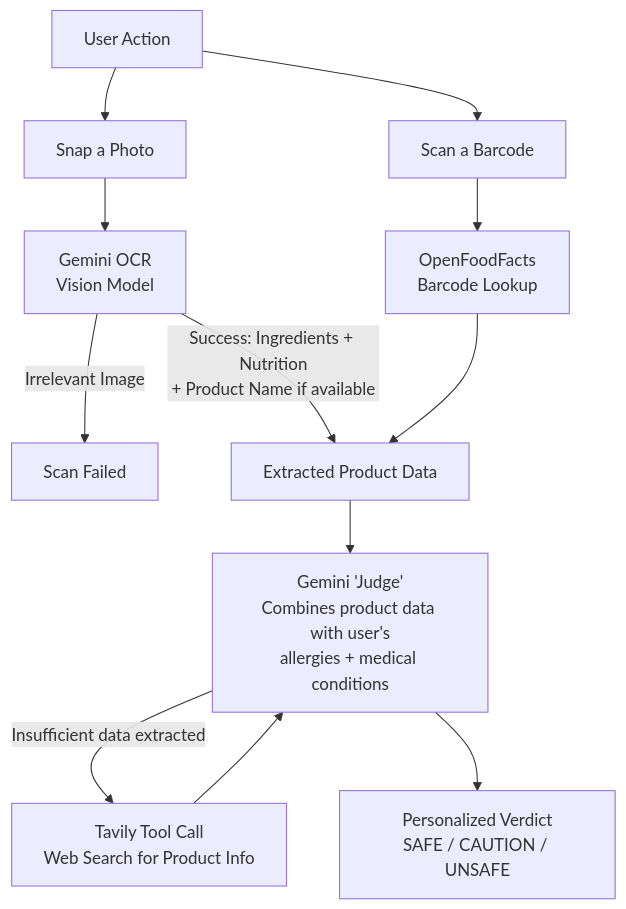
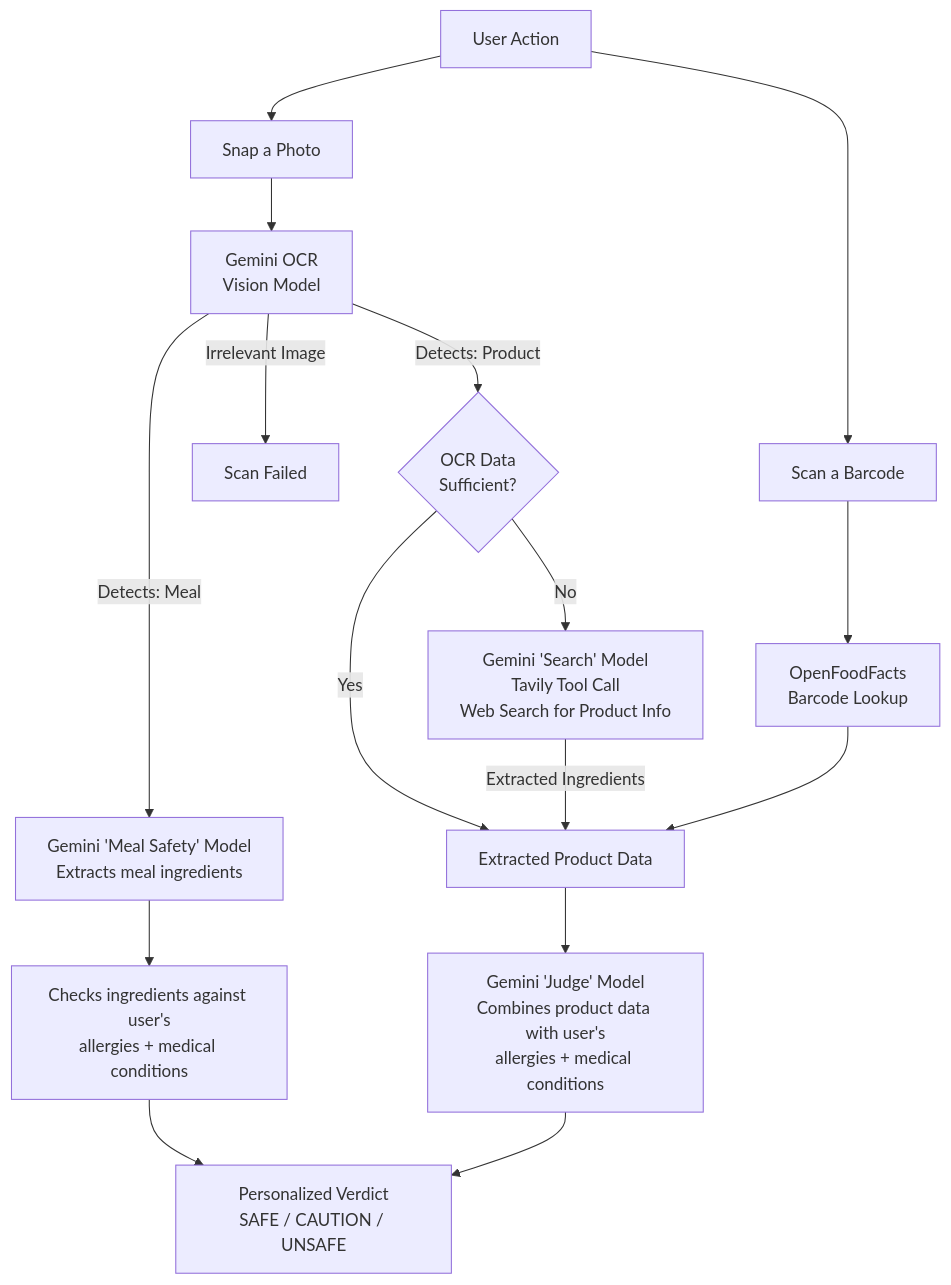
The first of 4 diagrams in README.md (ReemMohy259/NutriScan-AI), drawn with Mermaid before and after one commit. The commit also changed other lines of this file, not shown here.

Commit message:
fix: ai pipline issue

````diff
--- a/README.md
+++ b/README.md
@@ -101,19 +101,25 @@
 ```mermaid
 flowchart TD
-    A[User Action] --> B[Snap a Photo]
-    A --> C[Scan a Barcode]
+A[User Action] --> B[Snap a Photo]
+A --> C[Scan a Barcode]
 
     B --> D[Gemini OCR<br/>Vision Model]
     C --> E[OpenFoodFacts<br/>Barcode Lookup]
 
     D -->|Irrelevant Image| DF[Scan Failed]
-    D -->|Success: Ingredients + Nutrition<br/>+ Product Name if available| F[Extracted Product Data]
+    D -->|Detects: Meal| M["Gemini 'Meal Safety' Model<br/>Extracts meal ingredients"]
+    D -->|Detects: Product| PCheck{OCR Data<br/>Sufficient?}
+
+    PCheck -->|Yes| F[Extracted Product Data]
+    PCheck -->|No| SModel["Gemini 'Search' Model<br/>Tavily Tool Call<br/>Web Search for Product Info"]
+    SModel -->|Extracted Ingredients| F
+
     E --> F
 
-    F --> G["Gemini 'Judge'<br/>Combines product data with user's<br/>allergies + medical conditions"]
+    M --> MC["Checks ingredients against user's<br/>allergies + medical conditions"]
+    MC --> H
 
-    G -->|Insufficient data extracted| S[Tavily Tool Call<br/>Web Search for Product Info]
-    S --> G
+    F --> G["Gemini 'Judge' Model<br/>Combines product data with user's<br/>allergies + medical conditions"]
 
     G --> H[Personalized Verdict<br/>SAFE / CAUTION / UNSAFE]
 ```
````
